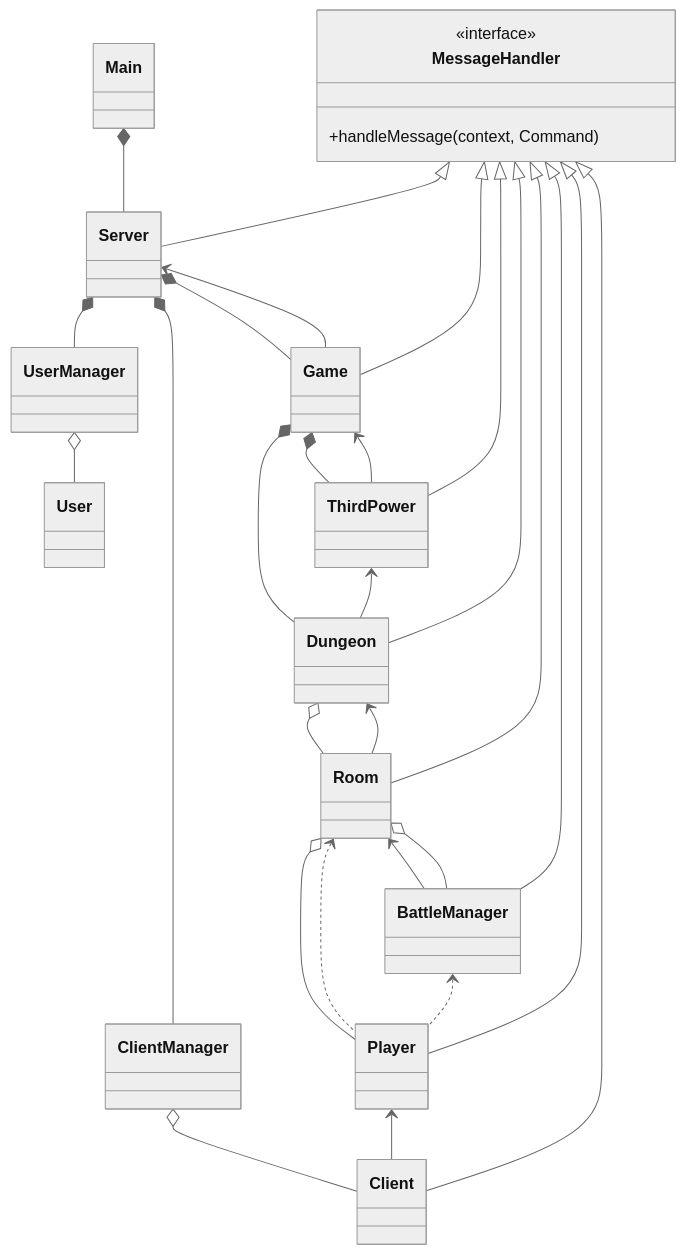
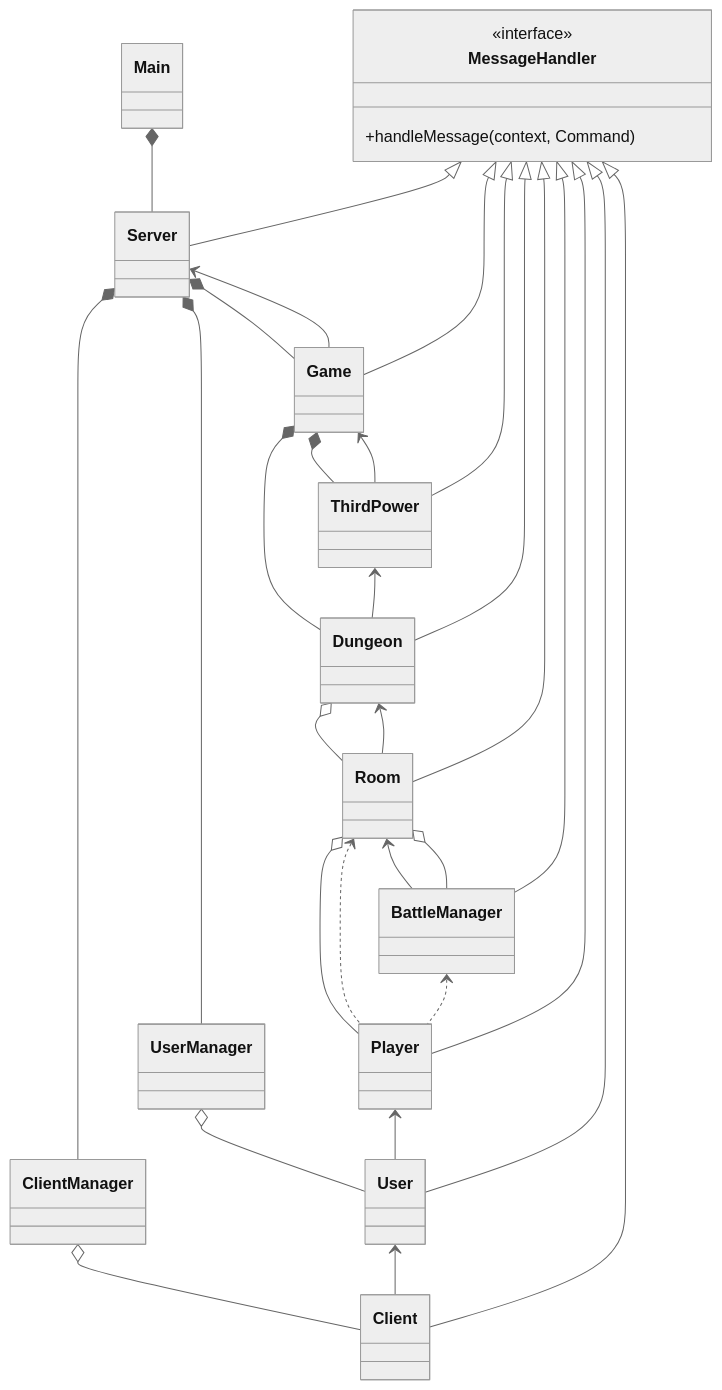
The first of 2 diagrams in gameserver/src/main/java/com/lhf/server/serverDesign.md (GeenDutchman/LHF-MUD), drawn with Mermaid (neutral theme) before and after one commit. The commit also changed 13 other files, not shown here.

````diff
--- a/gameserver/src/main/java/com/lhf/server/serverDesign.md
+++ b/gameserver/src/main/java/com/lhf/server/serverDesign.md
@@ -1,57 +1,58 @@
 ```mermaid
 classDiagram
     class MessageHandler
     <<interface>> MessageHandler
     MessageHandler: +handleMessage(context, Command)
     class Main
     class Server
     class UserManager
     class User
     class ClientManager
     class Client
     class Game
     class ThirdPower
     class Dungeon
     class Room
     class Player
     class BattleManager    
 
     Main *-- Server
-
+    Server *-- ClientManager
     Server *-- UserManager
-    Server *-- ClientManager
     Server *-- Game
 
+    UserManager o-- User
     ClientManager o-- Client
 
-    UserManager o-- User
 
     Game *-- ThirdPower
 
     Game *-- Dungeon
 
     Dungeon o-- Room
 
     Room o-- Player
 
-    Player <-- Client
+    User <-- Client
+    Player <-- User
     Room <.. Player
     Room <-- BattleManager
     BattleManager <.. Player
     Dungeon <-- Room
     ThirdPower <-- Dungeon
     Game <-- ThirdPower
     Server <-- Game    
 
     Room o-- BattleManager
     
     MessageHandler <|-- BattleManager
     MessageHandler <|-- Player
     MessageHandler <|-- Room
     MessageHandler <|-- Dungeon
     MessageHandler <|-- ThirdPower
     MessageHandler <|-- Game
     MessageHandler <|-- Server
+    MessageHandler <|-- User
     MessageHandler <|-- Client
 
 ```
````
